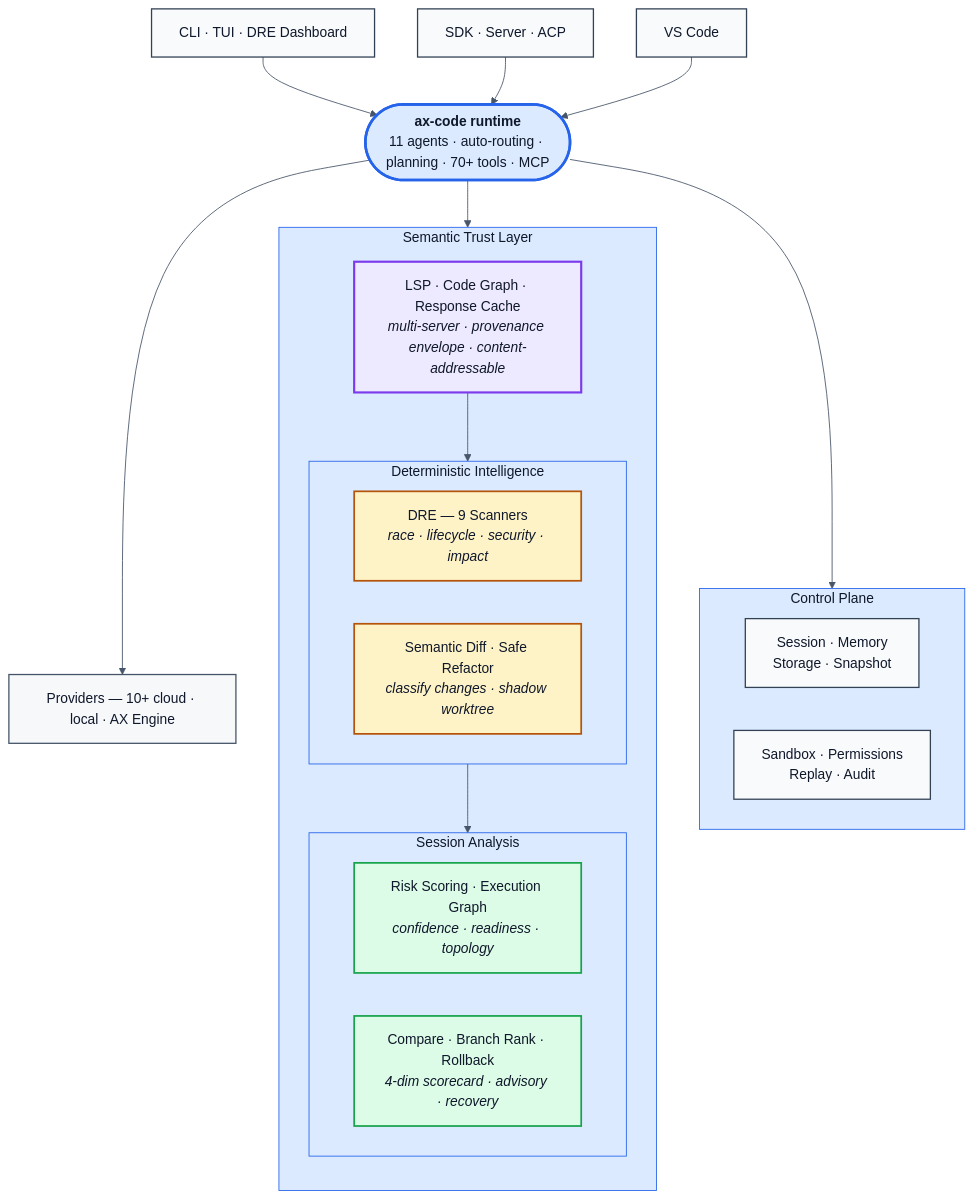
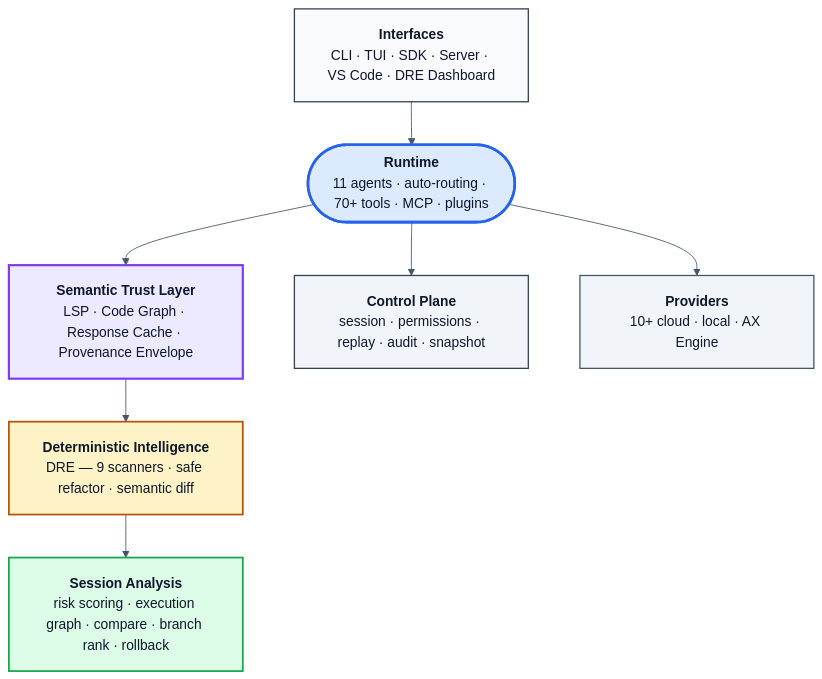
Before and after one commit to defai-digital/ax-code: the diagram in docs/ax-code-runtime.mmd, drawn with Mermaid. The commit also changed 1 other file, not shown here.

Commit message:
docs: simplify runtime architecture to abstract product diagram

```diff
--- a/docs/ax-code-runtime.mmd
+++ b/docs/ax-code-runtime.mmd
@@ -1,80 +1,60 @@
 %%{init: {
   "theme": "base",
   "themeVariables": {
     "background": "#ffffff",
     "primaryColor": "#f8fafc",
     "primaryTextColor": "#0f172a",
     "primaryBorderColor": "#0f172a",
     "lineColor": "#475569",
     "secondaryColor": "#e2e8f0",
     "secondaryTextColor": "#0f172a",
     "secondaryBorderColor": "#334155",
-    "tertiaryColor": "#dbeafe",
-    "tertiaryTextColor": "#0f172a",
-    "tertiaryBorderColor": "#2563eb",
     "fontFamily": "ui-sans-serif, -apple-system, BlinkMacSystemFont, Segoe UI, Helvetica, Arial, sans-serif",
     "fontSize": "16px"
   },
   "flowchart": {
     "curve": "basis",
     "htmlLabels": true,
-    "nodeSpacing": 50,
-    "rankSpacing": 55,
-    "padding": 16
+    "nodeSpacing": 60,
+    "rankSpacing": 50,
+    "padding": 18
   }
 }}%%
 
 flowchart TB
-  CLI["CLI · TUI · DRE Dashboard"] --> R
-  SDK["SDK · Server · ACP"] --> R
-  VSC["VS Code"] --> R
+  A["<b>Interfaces</b><br/>CLI · TUI · SDK · Server · VS Code · DRE Dashboard"]
 
-  R(["<b>ax-code runtime</b><br/>11 agents · auto-routing · planning · 70+ tools · MCP"])
+  R(["<b>Runtime</b><br/>11 agents · auto-routing · 70+ tools · MCP · plugins"])
 
-  R --> S
+  STL["<b>Semantic Trust Layer</b><br/>LSP · Code Graph · Response Cache · Provenance Envelope"]
+
+  DI["<b>Deterministic Intelligence</b><br/>DRE — 9 scanners · safe refactor · semantic diff"]
+
+  SA["<b>Session Analysis</b><br/>risk scoring · execution graph · compare · branch rank · rollback"]
+
+  CP["<b>Control Plane</b><br/>session · permissions · replay · audit · snapshot"]
+
+  PV["<b>Providers</b><br/>10+ cloud · local · AX Engine"]
+
+  A --> R
+  R --> STL
+  STL --> DI
+  DI --> SA
   R --> CP
-
-  subgraph S["Semantic Trust Layer"]
-    direction TB
-    STL["LSP · Code Graph · Response Cache<br/><i>multi-server · provenance envelope · content-addressable</i>"]
-    STL --> DI
-
-    subgraph DI["Deterministic Intelligence"]
-      direction LR
-      DRE["DRE — 9 Scanners<br/><i>race · lifecycle · security · impact</i>"]
-      SEM["Semantic Diff · Safe Refactor<br/><i>classify changes · shadow worktree</i>"]
-    end
-
-    DI --> SA
-
-    subgraph SA["Session Analysis"]
-      direction LR
-      RISK["Risk Scoring · Execution Graph<br/><i>confidence · readiness · topology</i>"]
-      CMP["Compare · Branch Rank · Rollback<br/><i>4-dim scorecard · advisory · recovery</i>"]
-    end
-  end
-
-  subgraph CP["Control Plane"]
-    direction LR
-    SESS["Session · Memory<br/>Storage · Snapshot"]
-    PERM["Sandbox · Permissions<br/>Replay · Audit"]
-  end
-
-  PV["Providers — 10+ cloud · local · AX Engine"]
   R --> PV
 
+  classDef iface fill:#f8fafc,stroke:#334155,stroke-width:1.5px,color:#0f172a
   classDef runtime fill:#dbeafe,stroke:#2563eb,stroke-width:3px,color:#0f172a
-  classDef surface fill:#f8fafc,stroke:#334155,stroke-width:1.5px,color:#0f172a
-  classDef stl fill:#ede9fe,stroke:#7c3aed,stroke-width:2.5px,color:#0f172a
+  classDef semantic fill:#ede9fe,stroke:#7c3aed,stroke-width:2.5px,color:#0f172a
   classDef determ fill:#fef3c7,stroke:#b45309,stroke-width:2px,color:#0f172a
   classDef analysis fill:#dcfce7,stroke:#16a34a,stroke-width:2px,color:#0f172a
-  classDef control fill:#f8fafc,stroke:#334155,stroke-width:1.5px,color:#0f172a
-  classDef provider fill:#f6f8fa,stroke:#475569,stroke-width:1.5px,color:#0f172a
+  classDef control fill:#f1f5f9,stroke:#334155,stroke-width:1.5px,color:#0f172a
+  classDef provider fill:#f1f5f9,stroke:#475569,stroke-width:1.5px,color:#0f172a
 
+  class A iface
   class R runtime
-  class CLI,SDK,VSC surface
-  class STL stl
-  class DRE,SEM determ
-  class RISK,CMP analysis
-  class SESS,PERM control
+  class STL semantic
+  class DI determ
+  class SA analysis
+  class CP control
   class PV provider
```
